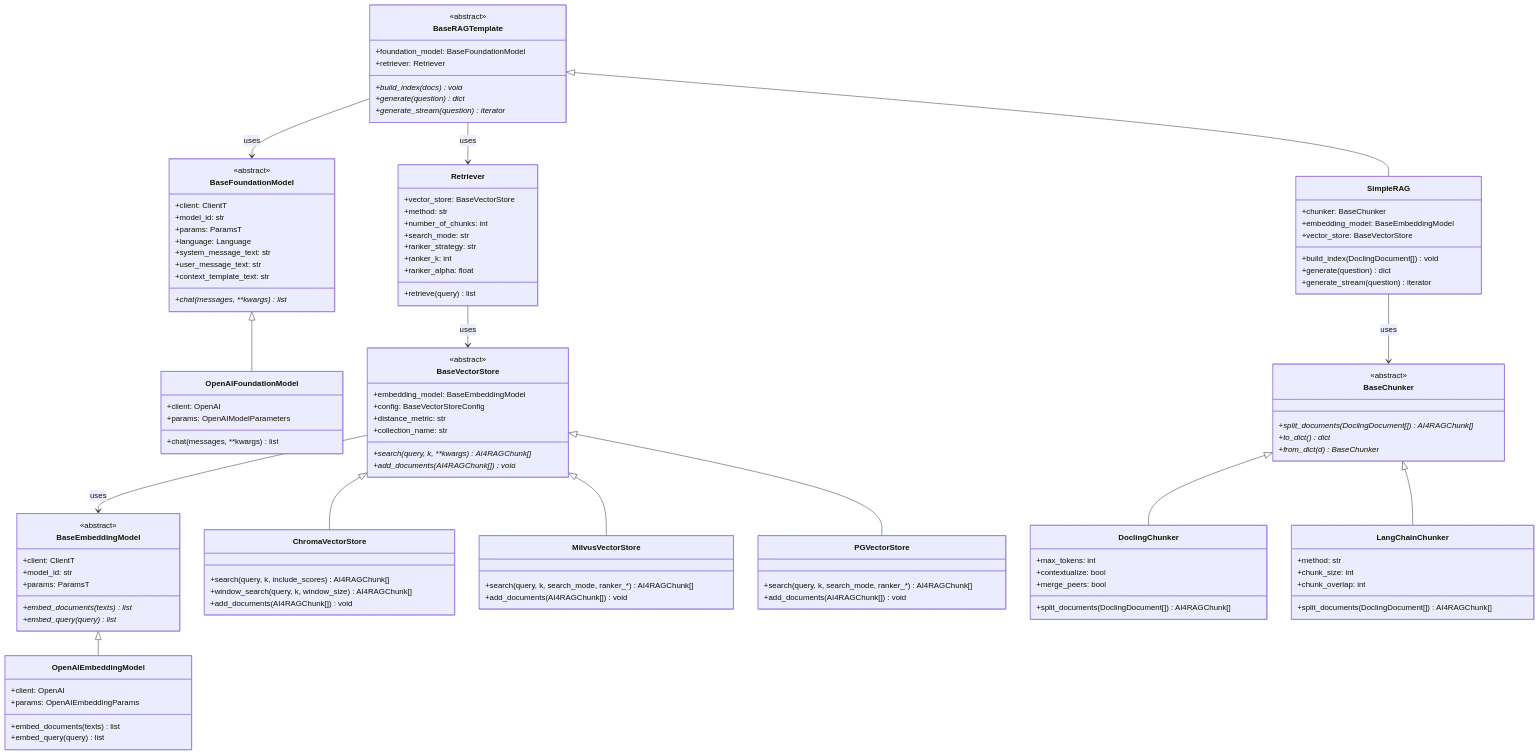
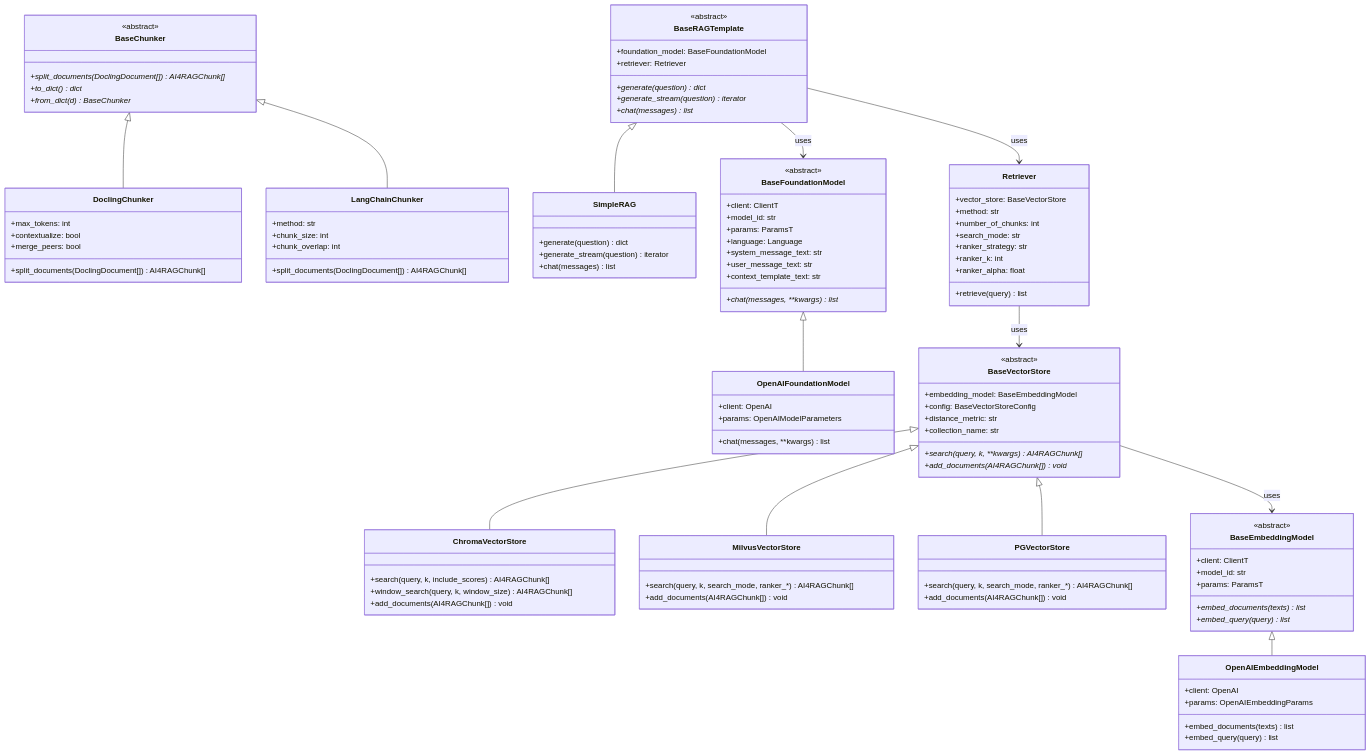
Before and after one commit to IBM/ai4rag: the diagram in docs/architecture/rag-components.md, drawn with Mermaid. The commit also changed other lines of this file and 4 other files, not shown here.

````diff
--- a/docs/architecture/rag-components.md
+++ b/docs/architecture/rag-components.md
@@ -104,18 +104,15 @@
         <<abstract>>
         +foundation_model: BaseFoundationModel
         +retriever: Retriever
-        +build_index(docs)* void
         +generate(question)* dict
         +generate_stream(question)* iterator
+        +chat(messages)* list
     }
 
     class SimpleRAG {
-        +chunker: BaseChunker
-        +embedding_model: BaseEmbeddingModel
-        +vector_store: BaseVectorStore
-        +build_index(DoclingDocument[]) void
         +generate(question) dict
         +generate_stream(question) iterator
+        +chat(messages) list
     }
 
     BaseFoundationModel <|-- OpenAIFoundationModel
@@ -131,5 +128,4 @@
     Retriever --> BaseVectorStore : uses
     BaseRAGTemplate --> BaseFoundationModel : uses
     BaseRAGTemplate --> Retriever : uses
-    SimpleRAG --> BaseChunker : uses
 ```
````
